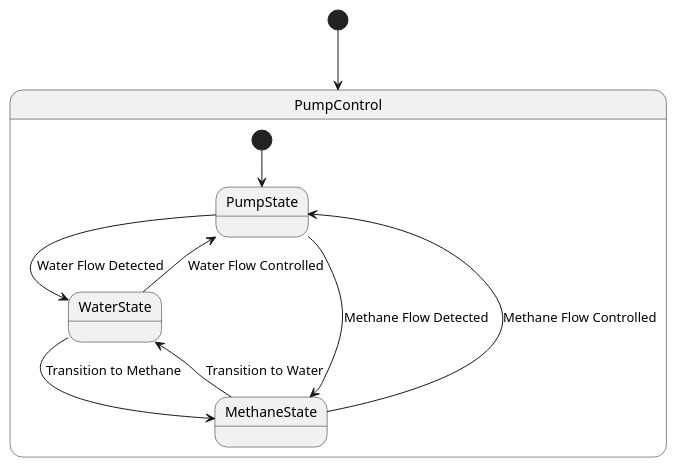
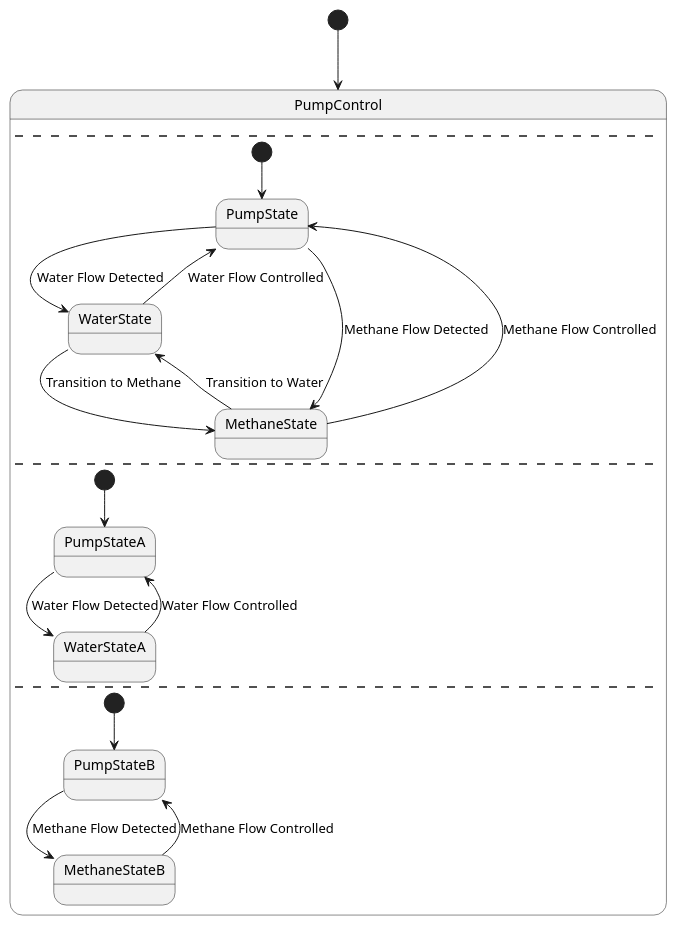
Before and after one commit to HansBug/research_ideas: the diagram in project_1_llm_state_machine_modeling/paper_stm_repair/pipeline/representation/reports/llms_emp_r45_java_60/pairs/0013/README.md, drawn with PlantUML. The commit also changed other lines of this file and 622 other files, not shown here.

First line of the commit message:
fix(paper1): 切换Phase-II最终池并重建PlantUML转换证据

````diff
--- a/project_1_llm_state_machine_modeling/paper_stm_repair/pipeline/representation/reports/llms_emp_r45_java_60/pairs/0013/README.md
+++ b/project_1_llm_state_machine_modeling/paper_stm_repair/pipeline/representation/reports/llms_emp_r45_java_60/pairs/0013/README.md
@@ -29,21 +83,41 @@
 ```plantuml
 @startuml
 [*] --> PumpControl
 
 state PumpControl {
+--
+
 [*] --> PumpState
 state PumpState
 state WaterState
 state MethaneState
 
 PumpState --> WaterState : Water Flow Detected
 PumpState --> MethaneState : Methane Flow Detected
 
 WaterState --> PumpState : Water Flow Controlled
 WaterState --> MethaneState : Transition to Methane
 
 MethaneState --> PumpState : Methane Flow Controlled
 MethaneState --> WaterState : Transition to Water
+
+--
+[*] --> PumpStateA
+state PumpStateA
+state WaterStateA
+
+PumpStateA --> WaterStateA : Water Flow Detected
+
+WaterStateA --> PumpStateA : Water Flow Controlled
+
+--
+[*] --> PumpStateB
+state PumpStateB
+state MethaneStateB
+
+PumpStateB --> MethaneStateB : Methane Flow Detected
+
+MethaneStateB --> PumpStateB : Methane Flow Controlled
 }
 @enduml
 ```
````
